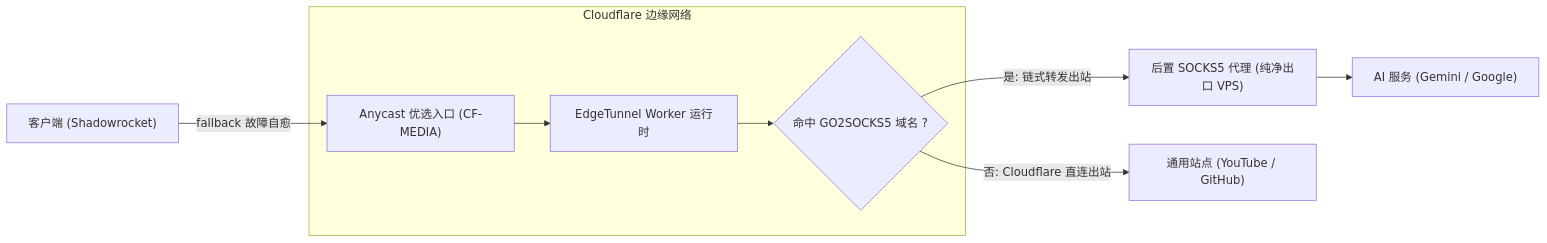
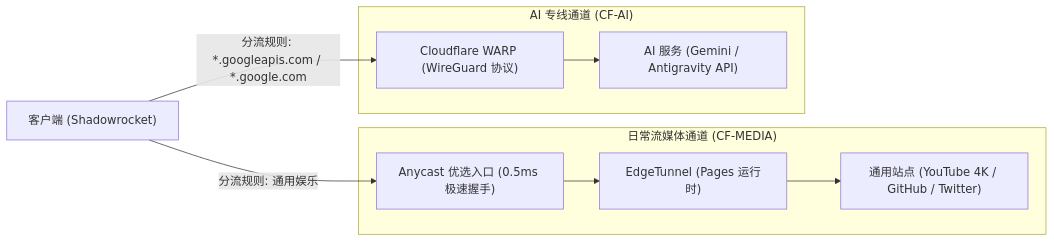
The diagram in README.md (RealRayTan/cf-preferred-ips), drawn with Mermaid before and after one commit. The commit also changed other lines of this file and 1 other file, not shown here.

Commit message:
docs: update README and README_en to reflect dual-star CF-MEDIA and CF-AI state

````diff
--- a/README.md
+++ b/README.md
@@ -7,17 +7,20 @@
 ```mermaid
 flowchart LR
     client["客户端 (Shadowrocket)"]
-    subgraph cf["Cloudflare 边缘网络"]
-        entry["Anycast 优选入口 (CF-MEDIA)"]
-        worker["EdgeTunnel Worker 运行时"]
-        router{"命中 GO2SOCKS5 域名 ?"}
-        entry --> worker --> router
+    
+    subgraph media["日常流媒体通道 (CF-MEDIA)"]
+        entry["Anycast 优选入口 (0.5ms 极速握手)"]
+        worker["EdgeTunnel (Pages 运行时)"]
+        dest_gen["通用站点 (YouTube 4K / GitHub / Twitter)"]
+        entry --> worker --> dest_gen
     end
-    socks["后置 SOCKS5 代理 (纯净出口 VPS)"]
-    dest_gen["通用站点 (YouTube / GitHub)"]
-    dest_ai["AI 服务 (Gemini / Google)"]
+    
+    subgraph ai["AI 专线通道 (CF-AI)"]
+        warp["Cloudflare WARP (WireGuard 协议)"]
+        dest_ai["AI 服务 (Gemini / Antigravity API)"]
+        warp --> dest_ai
+    end
 
-    client -->|fallback 故障自愈| entry
-    router -->|否: Cloudflare 直连出站| dest_gen
-    router -->|是: 链式转发出站| socks --> dest_ai
+    client -->|分流规则: 通用娱乐| entry
+    client -->|分流规则: *.googleapis.com / *.google.com| warp
 ```
````
